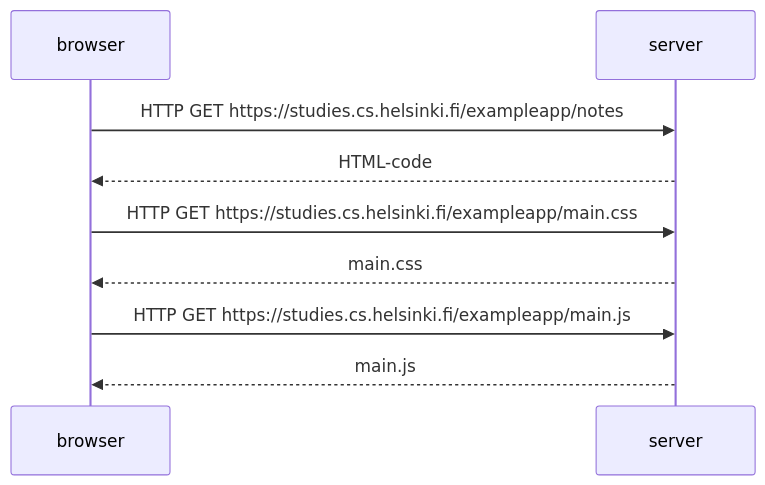
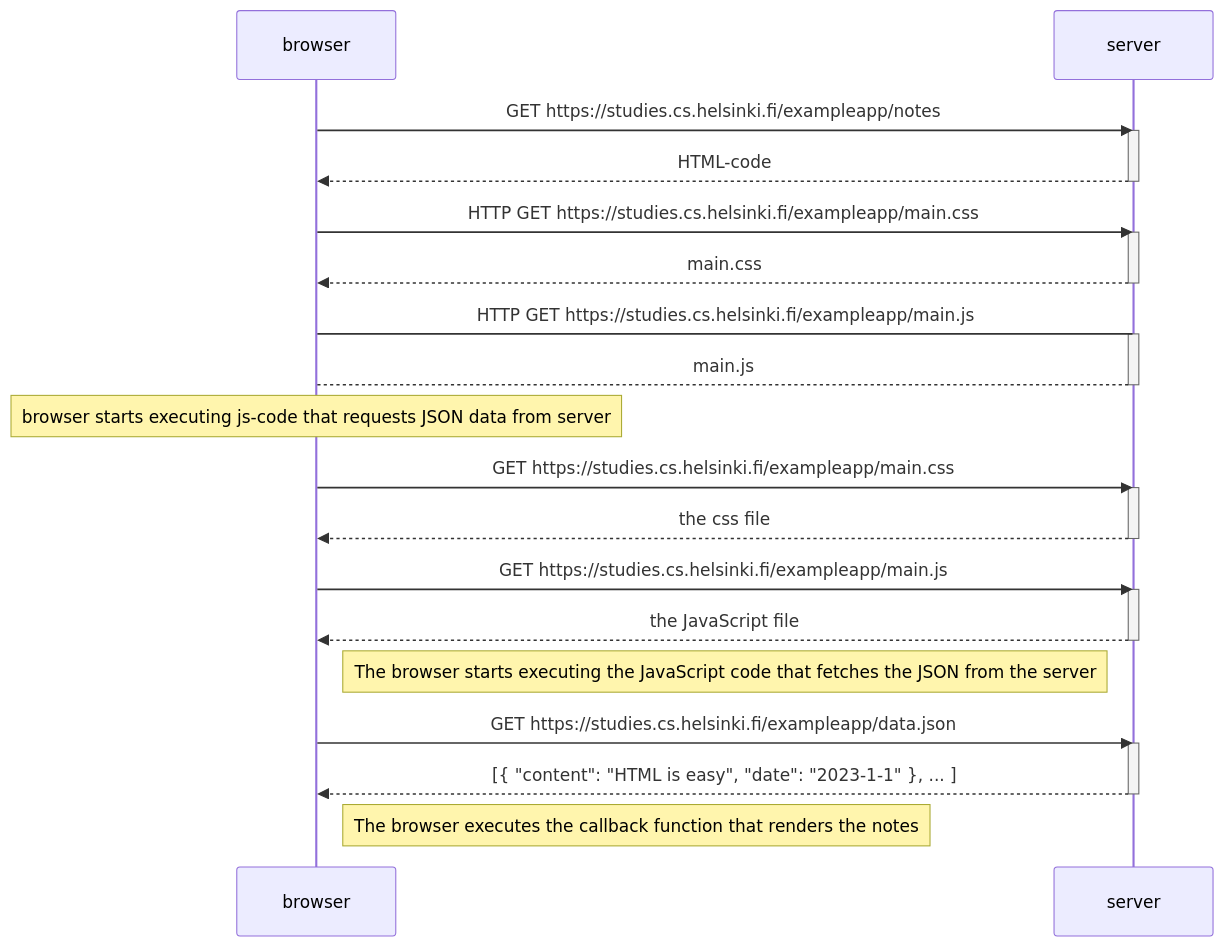
The diagram in part_0/0_4-New_Note/with_mermaid.md (andrescvargasr/fullstackopen2023), drawn with Mermaid before and after one commit.

Commit message:
fix: ex 0_4 Update with_mermaid.md

````diff
--- a/part_0/0_4-New_Note/with_mermaid.md
+++ b/part_0/0_4-New_Note/with_mermaid.md
@@ -1,9 +1,39 @@
 ```mermaid
 sequenceDiagram
-    browser->>server: HTTP GET https://studies.cs.helsinki.fi/exampleapp/notes
+    participant browser
+    participant server
+
+    browser->>server: GET https://studies.cs.helsinki.fi/exampleapp/notes
+    activate server
     server-->>browser: HTML-code
+    deactivate server
     browser->>server: HTTP GET https://studies.cs.helsinki.fi/exampleapp/main.css
+    activate server
     server-->>browser: main.css
-    browser->>server: HTTP GET https://studies.cs.helsinki.fi/exampleapp/main.js
-    server-->>browser: main.js
+    deactivate server
+    browser->server: HTTP GET https://studies.cs.helsinki.fi/exampleapp/main.js
+    activate server
+    server-->browser: main.js
+    deactivate server
+
+    note over browser: browser starts executing js-code that requests JSON data from server
+
+    browser->>server: GET https://studies.cs.helsinki.fi/exampleapp/main.css
+    activate server
+    server-->>browser: the css file
+    deactivate server
+
+    browser->>server: GET https://studies.cs.helsinki.fi/exampleapp/main.js
+    activate server
+    server-->>browser: the JavaScript file
+    deactivate server
+
+    Note right of browser: The browser starts executing the JavaScript code that fetches the JSON from the server
+
+    browser->>server: GET https://studies.cs.helsinki.fi/exampleapp/data.json
+    activate server
+    server-->>browser: [{ "content": "HTML is easy", "date": "2023-1-1" }, ... ]
+    deactivate server
+
+    Note right of browser: The browser executes the callback function that renders the notes
 ```
````
